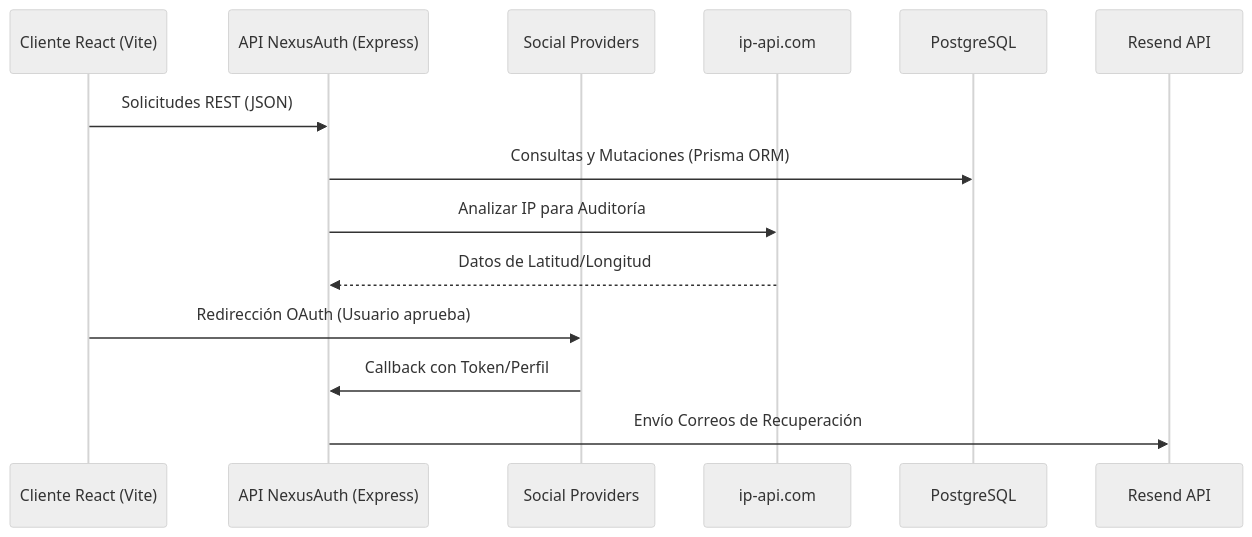
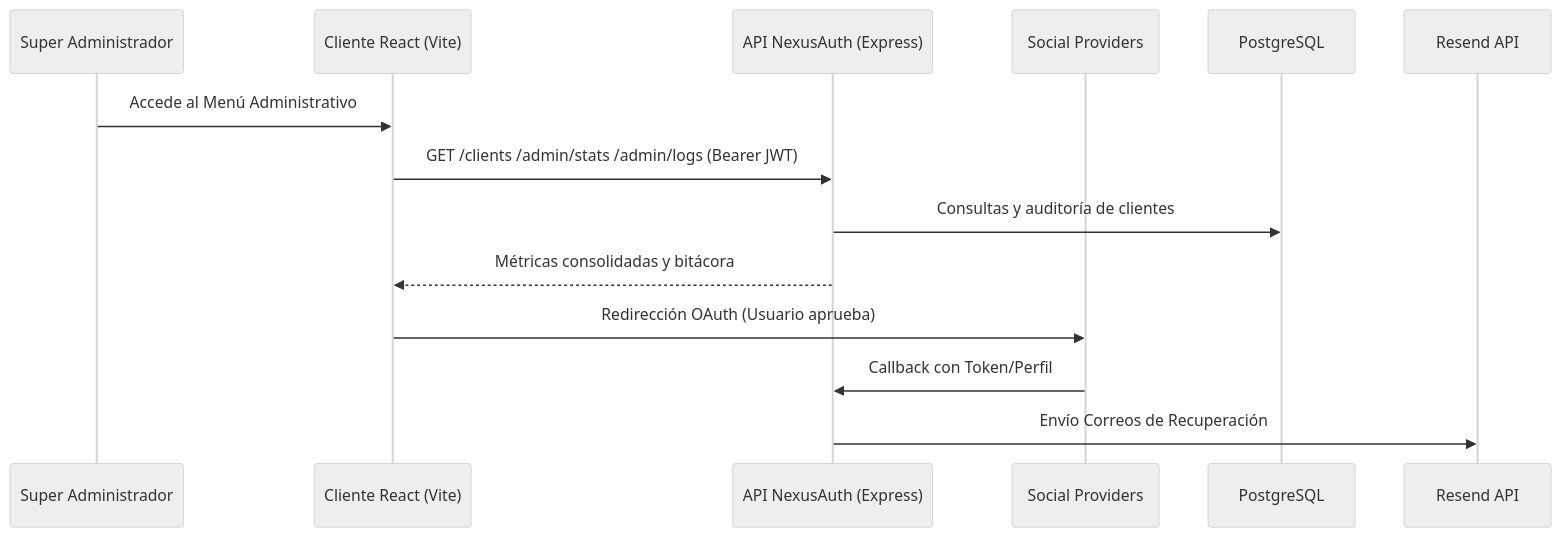
The first of 3 diagrams in docs/DocumentacionTecnica.md (Marvinilt/NexusAuth), drawn with Mermaid (neutral theme) before and after one commit. The commit also changed other lines of this file and 27 other files, not shown here.

First line of the commit message:
feat(admin): panel de administracion multicliente, estadisticas y logs

````diff
--- a/docs/DocumentacionTecnica.md
+++ b/docs/DocumentacionTecnica.md
@@ -13,17 +14,17 @@
 ```mermaid
 sequenceDiagram
+    participant SuperAdmin as Super Administrador
     participant Frontend as Cliente React (Vite)
     participant AuthAPI as API NexusAuth (Express)
     participant OAuth as Social Providers
-    participant Geoloc as ip-api.com
     participant DB as PostgreSQL
     participant Email as Resend API
     
-    Frontend->>AuthAPI: Solicitudes REST (JSON)
-    AuthAPI->>DB: Consultas y Mutaciones (Prisma ORM)
-    AuthAPI->>Geoloc: Analizar IP para Auditoría
-    Geoloc-->>AuthAPI: Datos de Latitud/Longitud
+    SuperAdmin->>Frontend: Accede al Menú Administrativo
+    Frontend->>AuthAPI: GET /clients /admin/stats /admin/logs (Bearer JWT)
+    AuthAPI->>DB: Consultas y auditoría de clientes
+    AuthAPI-->>Frontend: Métricas consolidadas y bitácora
     Frontend->>OAuth: Redirección OAuth (Usuario aprueba)
     OAuth->>AuthAPI: Callback con Token/Perfil
     AuthAPI->>Email: Envío Correos de Recuperación
 ```
````
